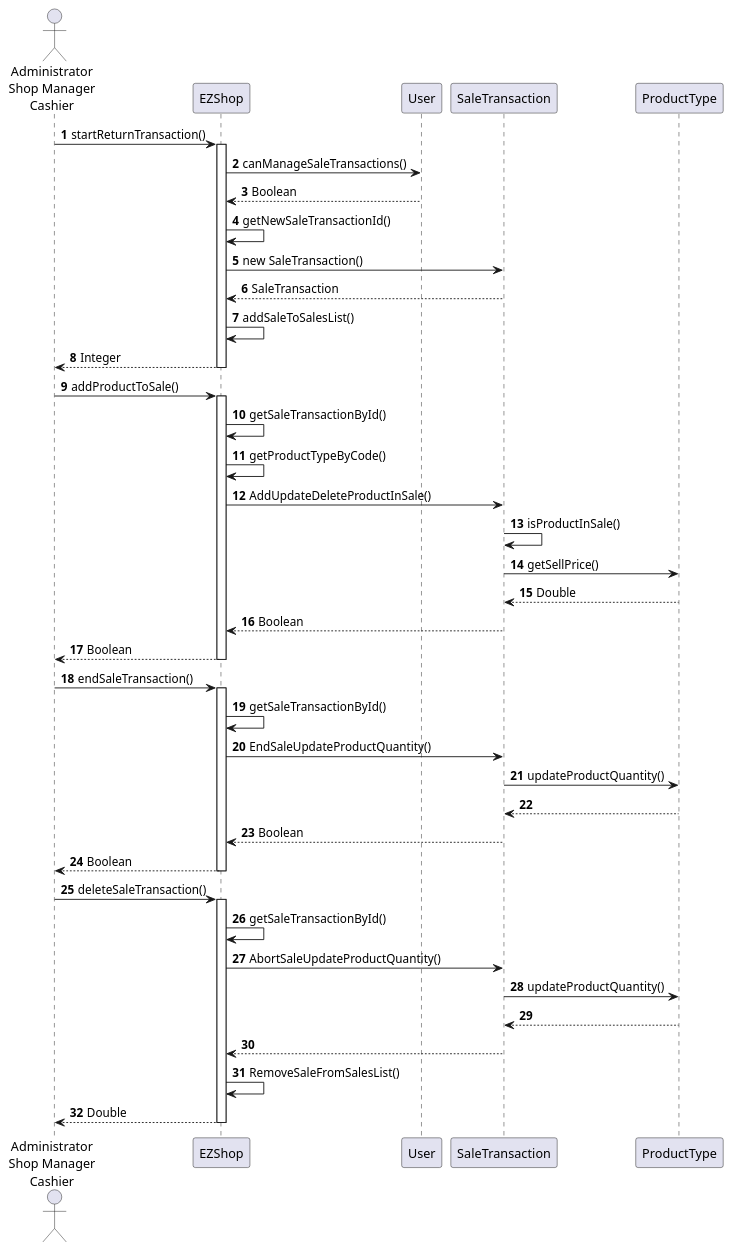
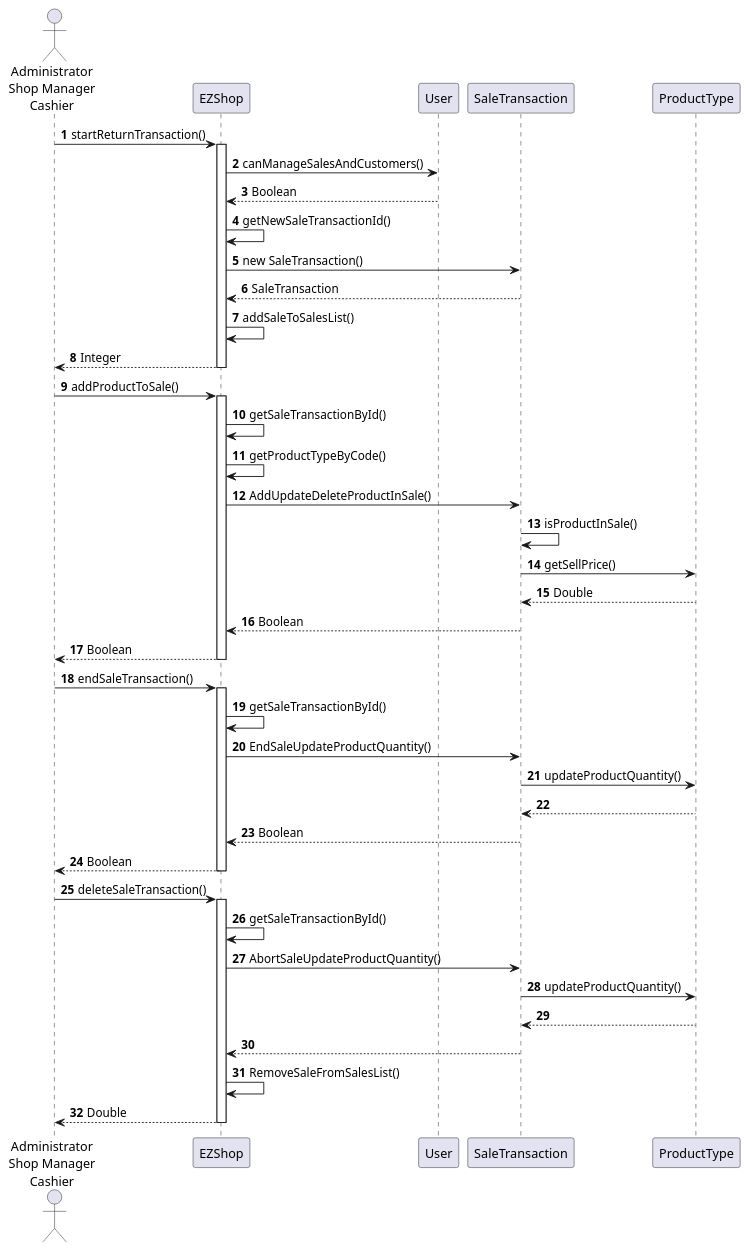
Before and after one commit to gioele-scaletta/EZShop-Software-Engineering-Project: diagram 14 of 18 in Deliverables/DesignDocument.md, drawn with PlantUML. The commit also changed other lines of this file and 1 other file, not shown here.

````diff
--- a/Deliverables/DesignDocument.md
+++ b/Deliverables/DesignDocument.md
@@ -514,56 +518,56 @@
 ```plantuml
 actor "Administrator\nShop Manager\nCashier" as user
 
 autonumber
 
 user -> EZShop : startReturnTransaction()
 activate  EZShop
-EZShop -> User : canManageSaleTransactions()
+EZShop -> User : canManageSalesAndCustomers()
 EZShop <-- User : Boolean
 EZShop -> EZShop : getNewSaleTransactionId()
 EZShop -> SaleTransaction : new SaleTransaction()
 EZShop <-- SaleTransaction : SaleTransaction
 EZShop -> EZShop : addSaleToSalesList()
 user <-- EZShop : Integer
 deactivate EZShop
 
 user -> EZShop : addProductToSale()
 activate  EZShop
-'EZShop -> User : canManageSaleTransactions()
+'EZShop -> User : canManageSalesAndCustomers()
 'EZShop <-- User : Boolean
 EZShop -> EZShop : getSaleTransactionById()
 EZShop-> EZShop : getProductTypeByCode()
 EZShop -> SaleTransaction : AddUpdateDeleteProductInSale()
 SaleTransaction -> SaleTransaction : isProductInSale()
 SaleTransaction -> ProductType : getSellPrice()
 SaleTransaction <-- ProductType : Double
 EZShop <-- SaleTransaction : Boolean
 user <-- EZShop : Boolean
 deactivate EZShop
 
 user -> EZShop : endSaleTransaction()
 activate  EZShop
-'EZShop -> User : canManageSaleTransactions()
+'EZShop -> User : canManageSalesAndCustomers()
 'EZShop <-- User : Boolean
 EZShop -> EZShop : getSaleTransactionById()
 EZShop -> SaleTransaction : EndSaleUpdateProductQuantity()
 SaleTransaction -> ProductType : updateProductQuantity()
 SaleTransaction <-- ProductType 
 EZShop <-- SaleTransaction : Boolean
 user <-- EZShop : Boolean
 deactivate EZShop
 
 user -> EZShop : deleteSaleTransaction()
 activate  EZShop
-'EZShop -> User : canManageSaleTransactions()
+'EZShop -> User : canManageSalesAndCustomers()
 'EZShop <-- User : Boolean
 EZShop -> EZShop : getSaleTransactionById()
 EZShop -> SaleTransaction : AbortSaleUpdateProductQuantity()
 SaleTransaction -> ProductType : updateProductQuantity()
 SaleTransaction <-- ProductType 
 EZShop <-- SaleTransaction 
 EZShop->EZShop : RemoveSaleFromSalesList()
 user <-- EZShop : Double
 deactivate EZShop
 
 ```
````
